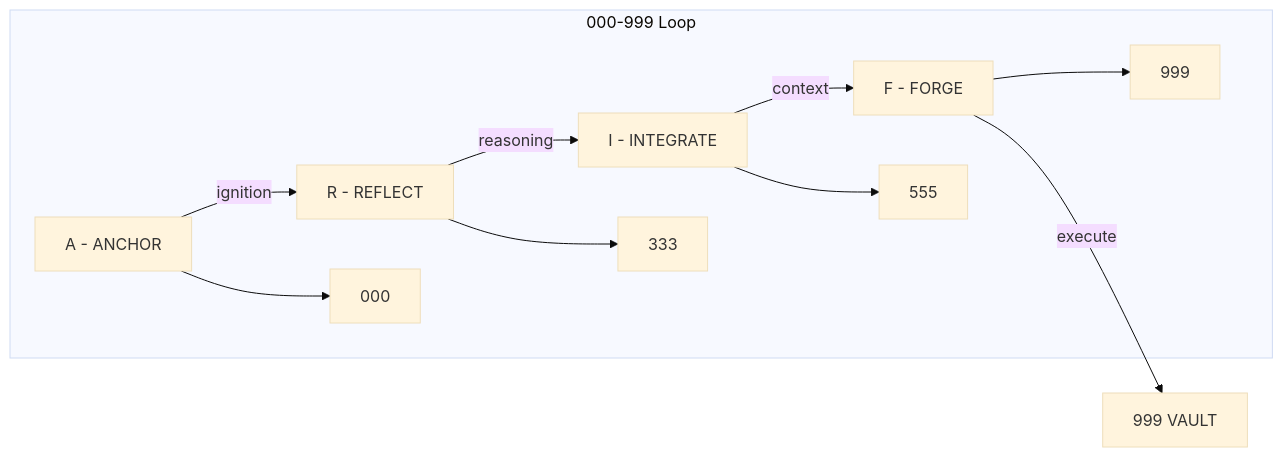
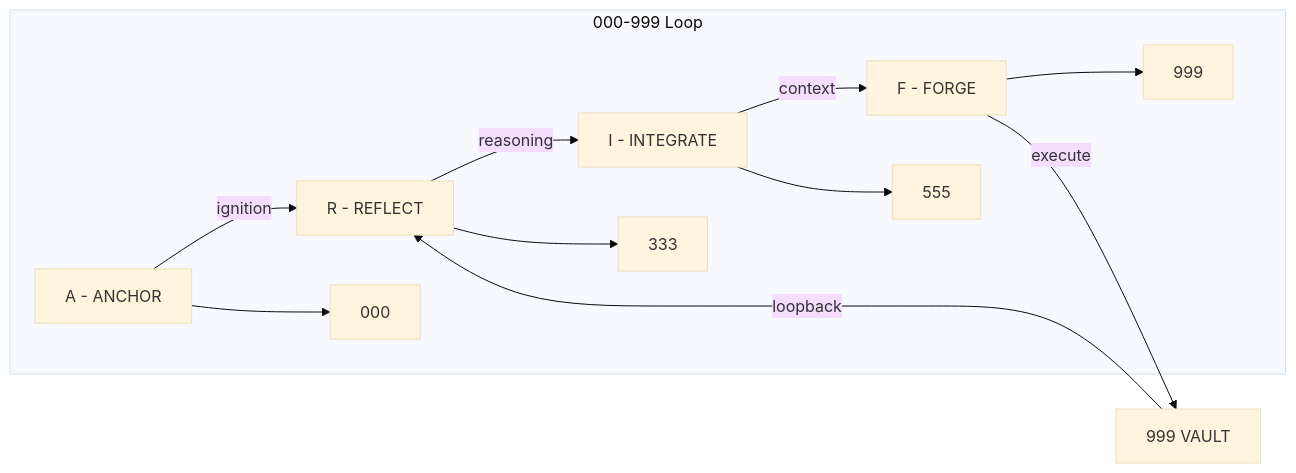
Before and after one commit to ariffazil/arifos: the diagram in README.md, drawn with Mermaid (base theme). The commit also changed other lines of this file and 6 other files, not shown here.

Commit message:
feat: Add memory vector graph visualization script and update README with memory architecture details and installation instructions.

````diff
--- a/README.md
+++ b/README.md
@@ -113,14 +95,15 @@
 ```mermaid
 flowchart LR
     A[A - ANCHOR] -- ignition --> R[R - REFLECT]
     R -- reasoning --> I[I - INTEGRATE]
     I -- context --> F[F - FORGE]
     F -- execute --> V[999 VAULT]
+    V -- loopback --> R
     
     subgraph 000-999 Loop
         A --> INIT[000]
         R --> THINK[333]
         I --> MAP[555]
         F --> SEAL[999]
     end
 ```
````
